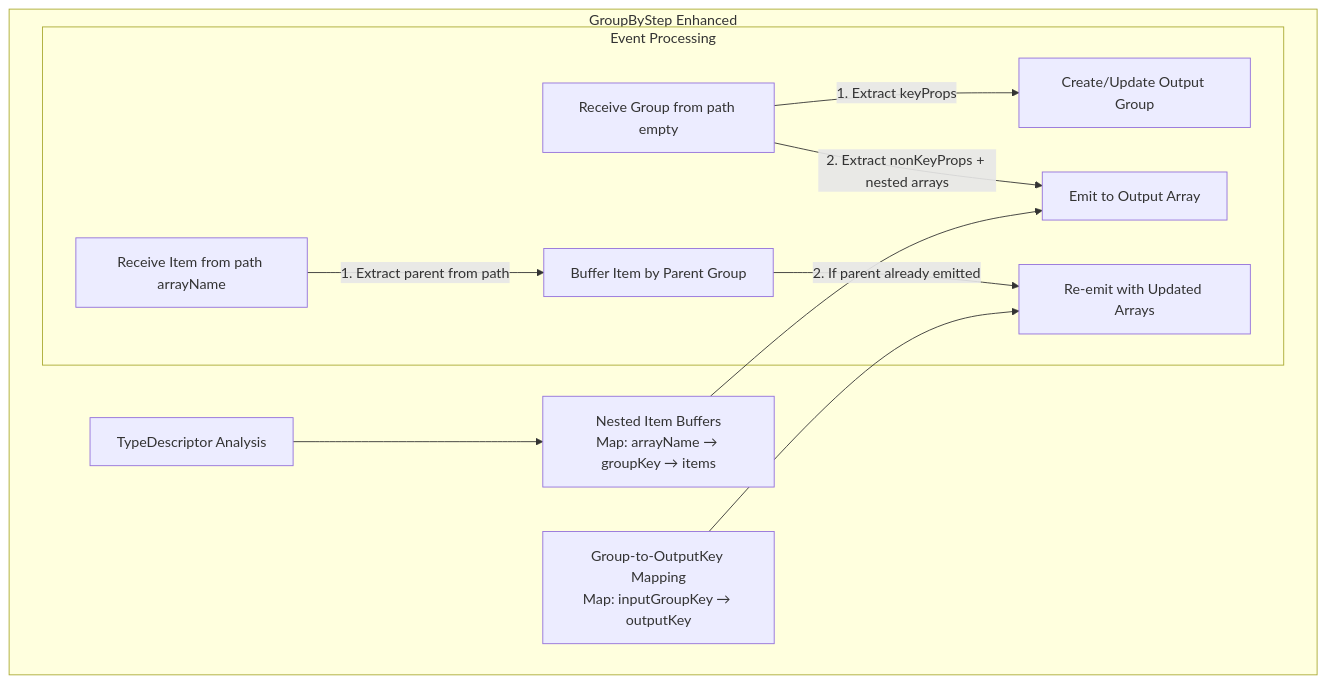
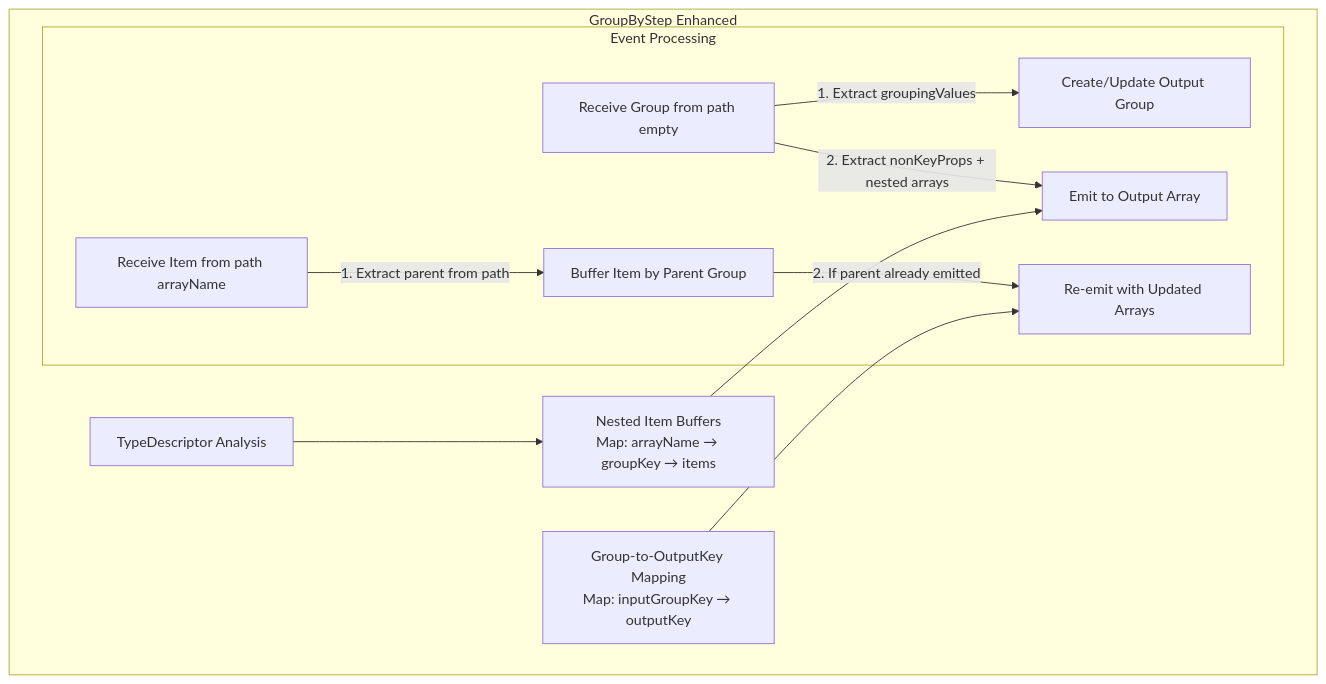
Before and after one commit to michaellperry/aggregator-toy: the fourth of 6 diagrams in docs/nested-groupby-architecture.md, drawn with Mermaid. The commit also changed other lines of this file and 20 other files, not shown here.

````diff
--- a/docs/nested-groupby-architecture.md
+++ b/docs/nested-groupby-architecture.md
@@ -200,23 +186,23 @@
 ```mermaid
 flowchart TB
     subgraph GroupByStep[GroupByStep Enhanced]
         TD[TypeDescriptor Analysis]
         NIB[Nested Item Buffers<br/>Map: arrayName → groupKey → items]
         GTK[Group-to-OutputKey Mapping<br/>Map: inputGroupKey → outputKey]
         
         subgraph Processing[Event Processing]
             RG[Receive Group from path empty]
             RI[Receive Item from path arrayName]
             
-            RG --> |1. Extract keyProps| CG[Create/Update Output Group]
+            RG --> |1. Extract groupingValues| CG[Create/Update Output Group]
             RG --> |2. Extract nonKeyProps + nested arrays| EI[Emit to Output Array]
             
             RI --> |1. Extract parent from path| BUF[Buffer Item by Parent Group]
             BUF --> |2. If parent already emitted| RE[Re-emit with Updated Arrays]
         end
     end
     
     TD --> NIB
     NIB --> EI
     GTK --> RE
 ```
````
